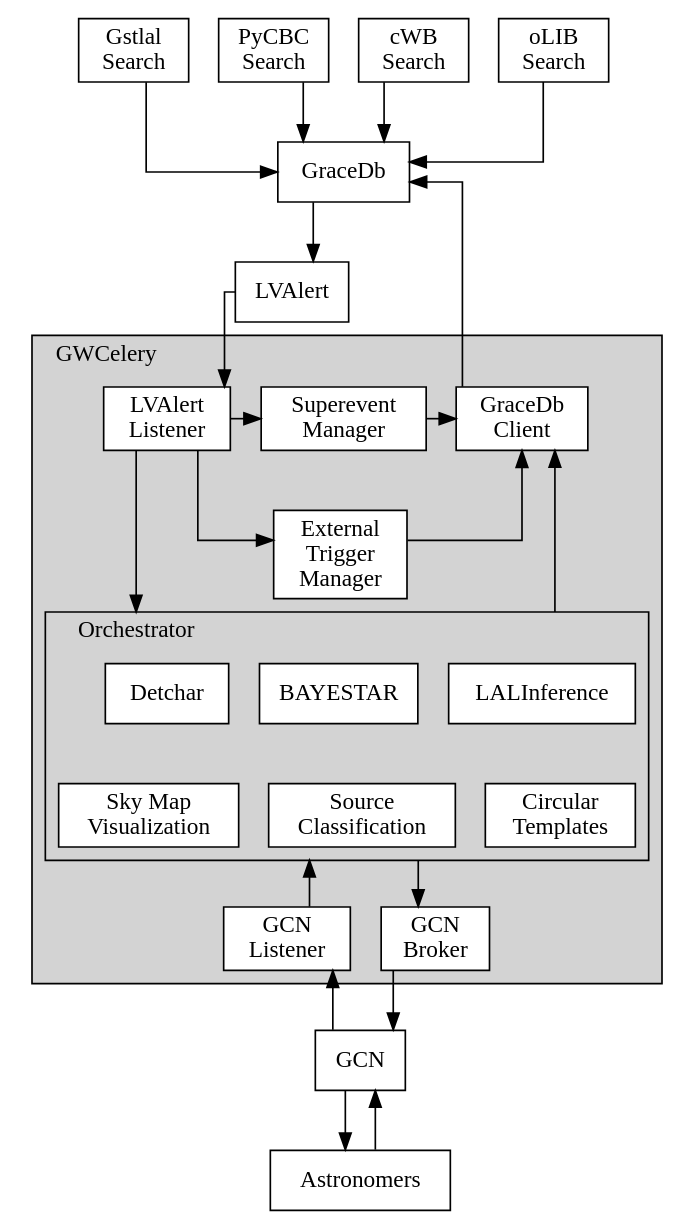
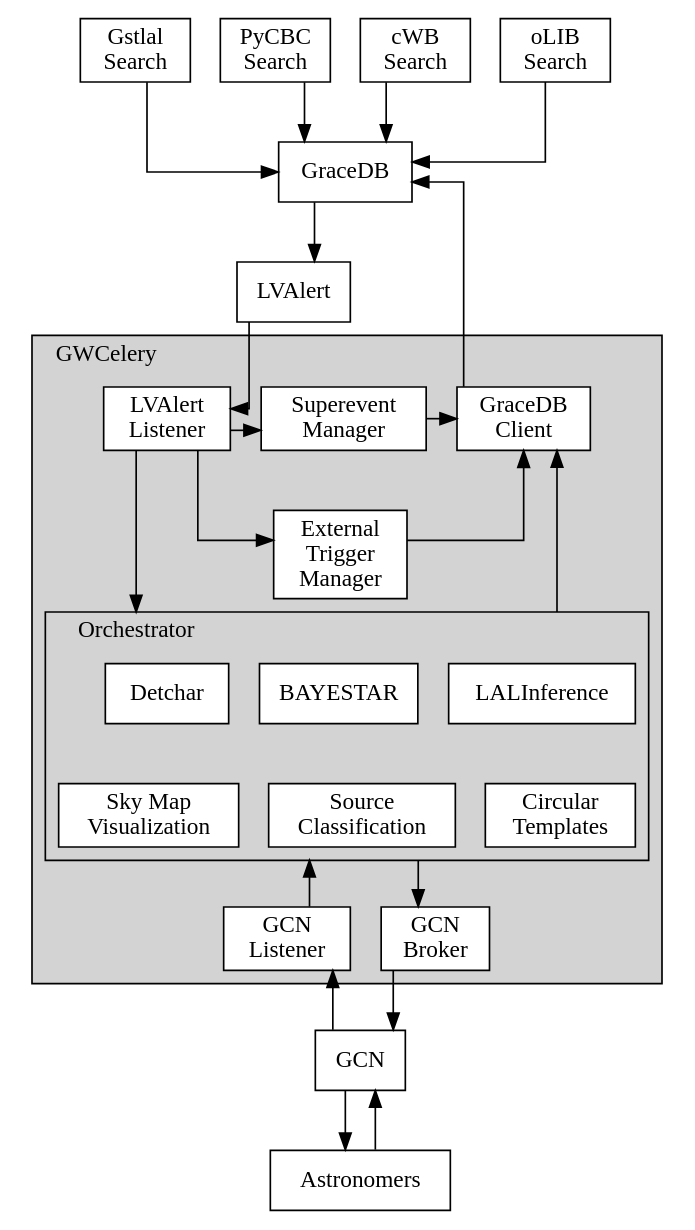
Before and after one commit to lpsinger/gwcelery: the diagram in doc/design.rst, drawn with Graphviz. The commit also changed other lines of this file and 7 other files, not shown here.

```diff
--- a/doc/design.rst
+++ b/doc/design.rst
@@ -57,7 +57,7 @@
     ]
 
     gracedb [
-        label = "GraceDb"
+        label = "GraceDB"
     ]
 
     lvalert [
@@ -102,7 +102,7 @@
 
             gracedb_client [
                 href = "../gwcelery.tasks.gracedb.html"
-                label = "GraceDb\nClient"
+                label = "GraceDB\nClient"
             ]
         }
 
```
